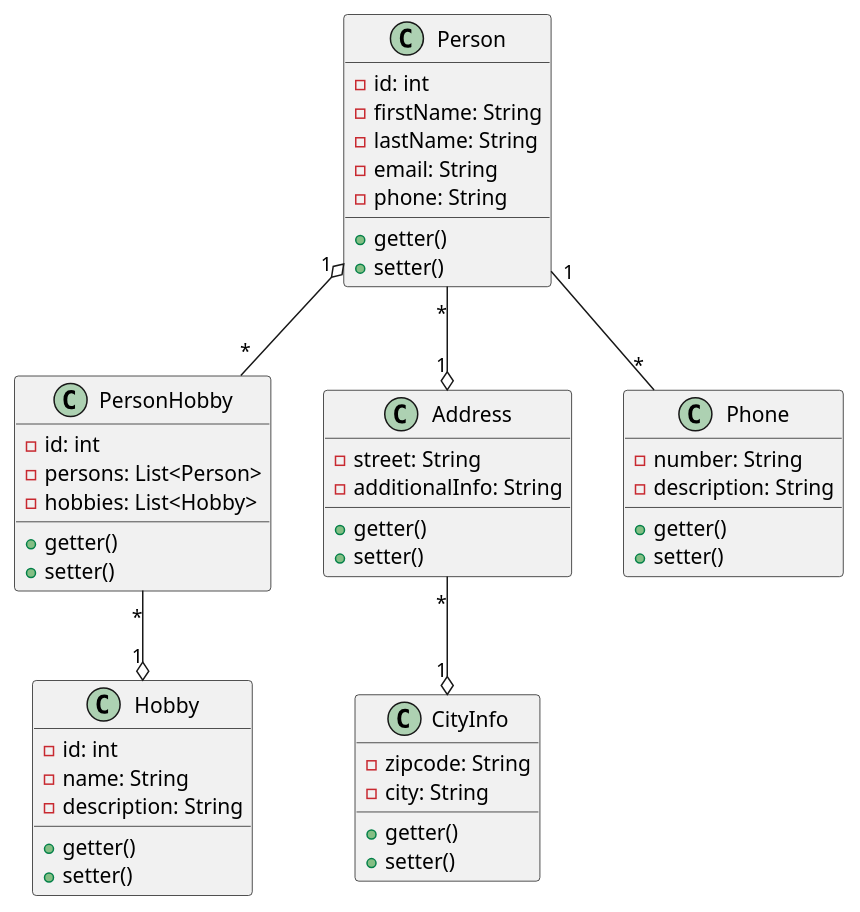
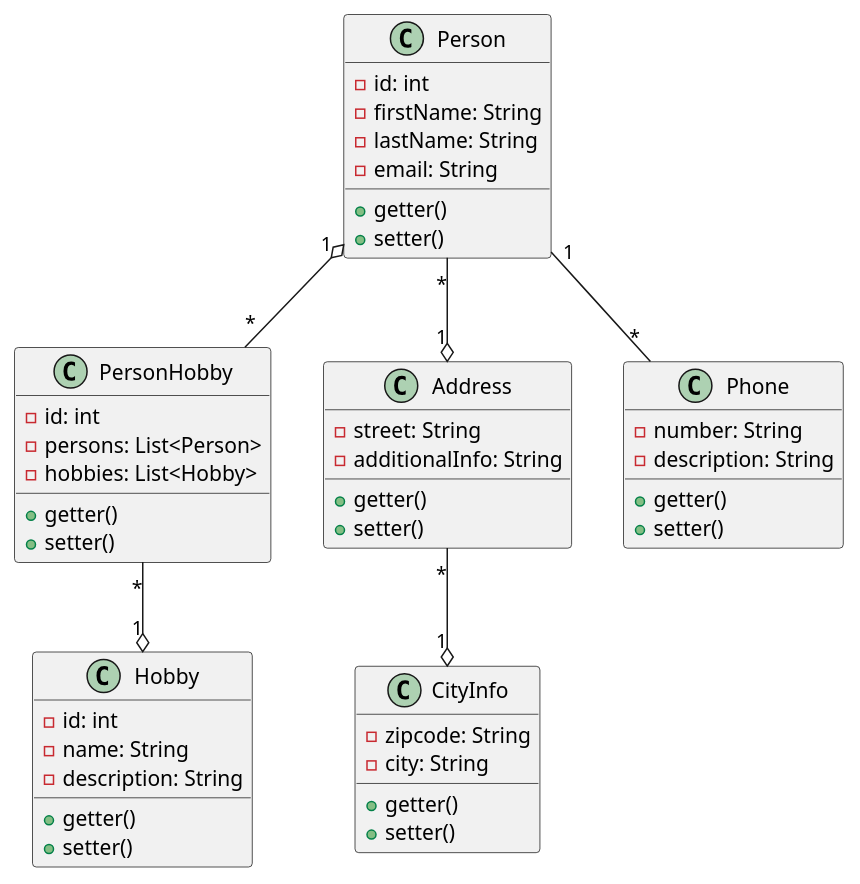
One commit to ChrisCPH/CA-1-projekt changed the diagram in src/main/resources/Classdiagram_v1.puml. Above: the diagram before and after it, drawn with PlantUML. The commit also changed 6 other files, not shown here.

```diff
--- a/src/main/resources/Classdiagram_v1.puml
+++ b/src/main/resources/Classdiagram_v1.puml
@@ -1,53 +1,52 @@
 @startuml
 'https://plantuml.com/class-diagram
 class Person {
     - id: int
     - firstName: String
     - lastName: String
     - email: String
-    - phone: String
     + getter()
     + setter()
 }
 class PersonHobby {
     - id: int
     - persons: List<Person>
     - hobbies: List<Hobby>
     + getter()
     + setter()
 }
 class Hobby {
     - id: int
     - name: String
     - description: String
     + getter()
     + setter()
 }
 class Address {
     - street: String
     - additionalInfo: String
     + getter()
     + setter()
 }
 class CityInfo {
     - zipcode: String
     - city: String
     + getter()
     + setter()
 }
 class Phone {
     - number: String
     - description: String
     + getter()
     + setter()
 }
 
 Person "1" o-- "*" PersonHobby
 PersonHobby "*" --o "1" Hobby
 Person "*" --o "1" Address
 Address "*" --o "1" CityInfo
 Person "1" -- "*" Phone
 
 
 
 @enduml
```
